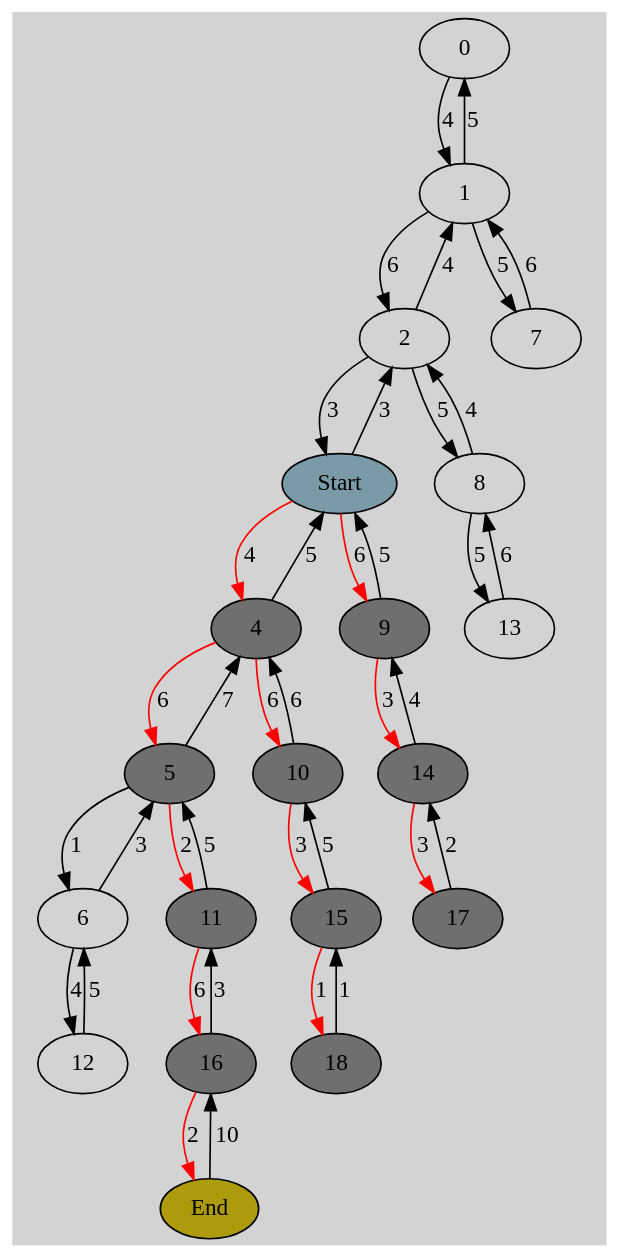
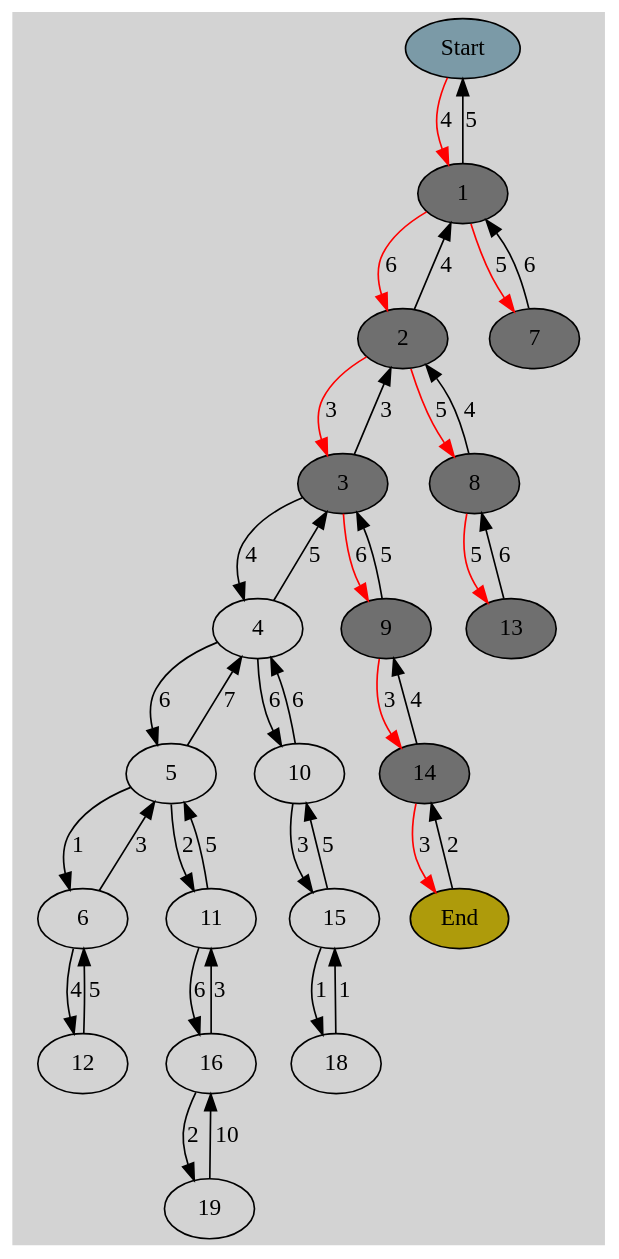
Before and after one commit to William-Thomas-Andrews/Shortest_Path_Algorithms: the diagram in img_gen/g.gv, drawn with Graphviz. The commit also changed 13 other files, not shown here.

```diff
--- a/img_gen/g.gv
+++ b/img_gen/g.gv
@@ -1,119 +1,119 @@
 digraph G {
 	graph [pad="0.212,0.055" bgcolor=lightgray]
 	node [style=filled]
 	splines=true
-	0 [label="0", pos="100,200!"]
+	0 [label="Start", fillcolor="#7b9aa7ff"pos="100,200!"]
+	1 [label="1", fillcolor="#6f6f6fff"pos="200,200!"]
+	0 -> 1 [color="red" label="4"]
 	1 [label="1", pos="200,200!"]
-	0 -> 1 [color="black" label="4"]
-	1 [label="1", pos="200,200!"]
-	0 [label="0", pos="100,200!"]
+	0 [label="Start", fillcolor="#7b9aa7ff"pos="100,200!"]
 	1 -> 0 [color="black" label="5"]
-	1 [label="1", pos="200,200!"]
-	2 [label="2", pos="300,200!"]
-	1 -> 2 [color="black" label="6"]
+	1 [label="1", fillcolor="#6f6f6fff"pos="200,200!"]
+	2 [label="2", fillcolor="#6f6f6fff"pos="300,200!"]
+	1 -> 2 [color="red" label="6"]
 	2 [label="2", pos="300,200!"]
 	1 [label="1", pos="200,200!"]
 	2 -> 1 [color="black" label="4"]
-	2 [label="2", pos="300,200!"]
-	3 [label="Start", fillcolor="#7b9aa7ff"pos="400,200!"]
-	2 -> 3 [color="black" label="3"]
-	3 [label="Start", fillcolor="#7b9aa7ff"pos="400,200!"]
+	2 [label="2", fillcolor="#6f6f6fff"pos="300,200!"]
+	3 [label="3", fillcolor="#6f6f6fff"pos="400,200!"]
+	2 -> 3 [color="red" label="3"]
+	3 [label="3", pos="400,200!"]
 	2 [label="2", pos="300,200!"]
 	3 -> 2 [color="black" label="3"]
-	3 [label="Start", fillcolor="#7b9aa7ff"pos="400,200!"]
-	4 [label="4", fillcolor="#6f6f6fff"pos="500,200!"]
-	3 -> 4 [color="red" label="4"]
+	3 [label="3", pos="400,200!"]
 	4 [label="4", pos="500,200!"]
-	3 [label="Start", fillcolor="#7b9aa7ff"pos="400,200!"]
+	3 -> 4 [color="black" label="4"]
+	4 [label="4", pos="500,200!"]
+	3 [label="3", pos="400,200!"]
 	4 -> 3 [color="black" label="5"]
-	4 [label="4", fillcolor="#6f6f6fff"pos="500,200!"]
-	5 [label="5", fillcolor="#6f6f6fff"pos="600,200!"]
-	4 -> 5 [color="red" label="6"]
+	4 [label="4", pos="500,200!"]
+	5 [label="5", pos="600,200!"]
+	4 -> 5 [color="black" label="6"]
 	5 [label="5", pos="600,200!"]
 	4 [label="4", pos="500,200!"]
 	5 -> 4 [color="black" label="7"]
 	5 [label="5", pos="600,200!"]
 	6 [label="6", pos="700,200!"]
 	5 -> 6 [color="black" label="1"]
 	6 [label="6", pos="700,200!"]
 	5 [label="5", pos="600,200!"]
 	6 -> 5 [color="black" label="3"]
-	1 [label="1", pos="200,200!"]
-	7 [label="7", pos="200,300!"]
-	1 -> 7 [color="black" label="5"]
+	1 [label="1", fillcolor="#6f6f6fff"pos="200,200!"]
+	7 [label="7", fillcolor="#6f6f6fff"pos="200,300!"]
+	1 -> 7 [color="red" label="5"]
 	7 [label="7", pos="200,300!"]
 	1 [label="1", pos="200,200!"]
 	7 -> 1 [color="black" label="6"]
-	2 [label="2", pos="300,200!"]
-	8 [label="8", pos="300,300!"]
-	2 -> 8 [color="black" label="5"]
+	2 [label="2", fillcolor="#6f6f6fff"pos="300,200!"]
+	8 [label="8", fillcolor="#6f6f6fff"pos="300,300!"]
+	2 -> 8 [color="red" label="5"]
 	8 [label="8", pos="300,300!"]
 	2 [label="2", pos="300,200!"]
 	8 -> 2 [color="black" label="4"]
-	3 [label="Start", fillcolor="#7b9aa7ff"pos="400,200!"]
+	3 [label="3", fillcolor="#6f6f6fff"pos="400,200!"]
 	9 [label="9", fillcolor="#6f6f6fff"pos="400,300!"]
 	3 -> 9 [color="red" label="6"]
 	9 [label="9", pos="400,300!"]
-	3 [label="Start", fillcolor="#7b9aa7ff"pos="400,200!"]
+	3 [label="3", pos="400,200!"]
 	9 -> 3 [color="black" label="5"]
-	4 [label="4", fillcolor="#6f6f6fff"pos="500,200!"]
-	10 [label="10", fillcolor="#6f6f6fff"pos="500,300!"]
-	4 -> 10 [color="red" label="6"]
+	4 [label="4", pos="500,200!"]
+	10 [label="10", pos="500,300!"]
+	4 -> 10 [color="black" label="6"]
 	10 [label="10", pos="500,300!"]
 	4 [label="4", pos="500,200!"]
 	10 -> 4 [color="black" label="6"]
-	5 [label="5", fillcolor="#6f6f6fff"pos="600,200!"]
-	11 [label="11", fillcolor="#6f6f6fff"pos="600,300!"]
-	5 -> 11 [color="red" label="2"]
+	5 [label="5", pos="600,200!"]
+	11 [label="11", pos="600,300!"]
+	5 -> 11 [color="black" label="2"]
 	11 [label="11", pos="600,300!"]
 	5 [label="5", pos="600,200!"]
 	11 -> 5 [color="black" label="5"]
 	6 [label="6", pos="700,200!"]
 	12 [label="12", pos="700,300!"]
 	6 -> 12 [color="black" label="4"]
 	12 [label="12", pos="700,300!"]
 	6 [label="6", pos="700,200!"]
 	12 -> 6 [color="black" label="5"]
-	8 [label="8", pos="300,300!"]
-	13 [label="13", pos="300,400!"]
-	8 -> 13 [color="black" label="5"]
+	8 [label="8", fillcolor="#6f6f6fff"pos="300,300!"]
+	13 [label="13", fillcolor="#6f6f6fff"pos="300,400!"]
+	8 -> 13 [color="red" label="5"]
 	13 [label="13", pos="300,400!"]
 	8 [label="8", pos="300,300!"]
 	13 -> 8 [color="black" label="6"]
 	9 [label="9", fillcolor="#6f6f6fff"pos="400,300!"]
 	14 [label="14", fillcolor="#6f6f6fff"pos="400,400!"]
 	9 -> 14 [color="red" label="3"]
 	14 [label="14", pos="400,400!"]
 	9 [label="9", pos="400,300!"]
 	14 -> 9 [color="black" label="4"]
-	10 [label="10", fillcolor="#6f6f6fff"pos="500,300!"]
-	15 [label="15", fillcolor="#6f6f6fff"pos="500,400!"]
-	10 -> 15 [color="red" label="3"]
+	10 [label="10", pos="500,300!"]
+	15 [label="15", pos="500,400!"]
+	10 -> 15 [color="black" label="3"]
 	15 [label="15", pos="500,400!"]
 	10 [label="10", pos="500,300!"]
 	15 -> 10 [color="black" label="5"]
-	11 [label="11", fillcolor="#6f6f6fff"pos="600,300!"]
-	16 [label="16", fillcolor="#6f6f6fff"pos="600,400!"]
-	11 -> 16 [color="red" label="6"]
+	11 [label="11", pos="600,300!"]
+	16 [label="16", pos="600,400!"]
+	11 -> 16 [color="black" label="6"]
 	16 [label="16", pos="600,400!"]
 	11 [label="11", pos="600,300!"]
 	16 -> 11 [color="black" label="3"]
 	14 [label="14", fillcolor="#6f6f6fff"pos="400,400!"]
-	17 [label="17", fillcolor="#6f6f6fff"pos="400,500!"]
+	17 [label="End", fillcolor="#ae9b0bff"pos="400,500!"]
 	14 -> 17 [color="red" label="3"]
-	17 [label="17", pos="400,500!"]
+	17 [label="End", fillcolor="#ae9b0bff"pos="400,500!"]
 	14 [label="14", pos="400,400!"]
 	17 -> 14 [color="black" label="2"]
-	15 [label="15", fillcolor="#6f6f6fff"pos="500,400!"]
-	18 [label="18", fillcolor="#6f6f6fff"pos="500,500!"]
-	15 -> 18 [color="red" label="1"]
+	15 [label="15", pos="500,400!"]
+	18 [label="18", pos="500,500!"]
+	15 -> 18 [color="black" label="1"]
 	18 [label="18", pos="500,500!"]
 	15 [label="15", pos="500,400!"]
 	18 -> 15 [color="black" label="1"]
-	16 [label="16", fillcolor="#6f6f6fff"pos="600,400!"]
-	19 [label="End", fillcolor="#ae9b0bff"pos="600,500!"]
-	16 -> 19 [color="red" label="2"]
-	19 [label="End", fillcolor="#ae9b0bff"pos="600,500!"]
+	16 [label="16", pos="600,400!"]
+	19 [label="19", pos="600,500!"]
+	16 -> 19 [color="black" label="2"]
+	19 [label="19", pos="600,500!"]
 	16 [label="16", pos="600,400!"]
 	19 -> 16 [color="black" label="10"]
 }
```
